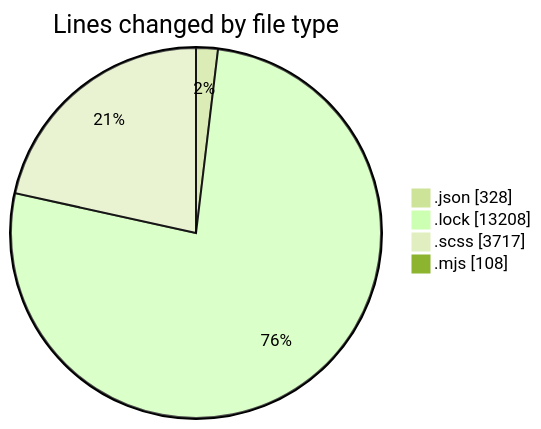
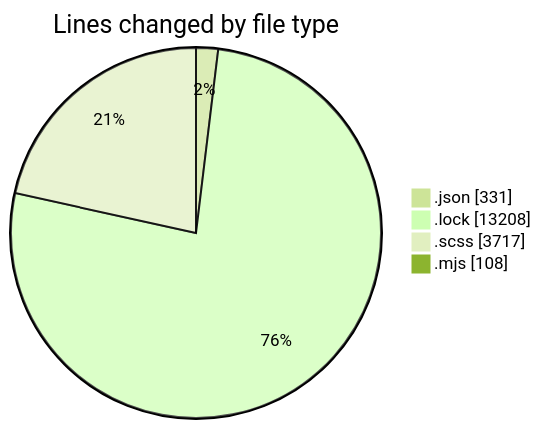
One commit to momahboobian/code-tracking changed the first of 2 diagrams in 2026-01-26/cda/README.md. Above: the diagram before and after it, drawn with Mermaid (forest theme). The commit also changed other lines of this file and 1 other file, not shown here.

````diff
--- a/2026-01-26/cda/README.md
+++ b/2026-01-26/cda/README.md
@@ -29,8 +29,8 @@
 ```mermaid
 pie showData
 title Lines changed by file type
-".json" : 328
+".json" : 331
 ".lock" : 13208
 ".scss" : 3717
 ".mjs" : 108
 ```
````
